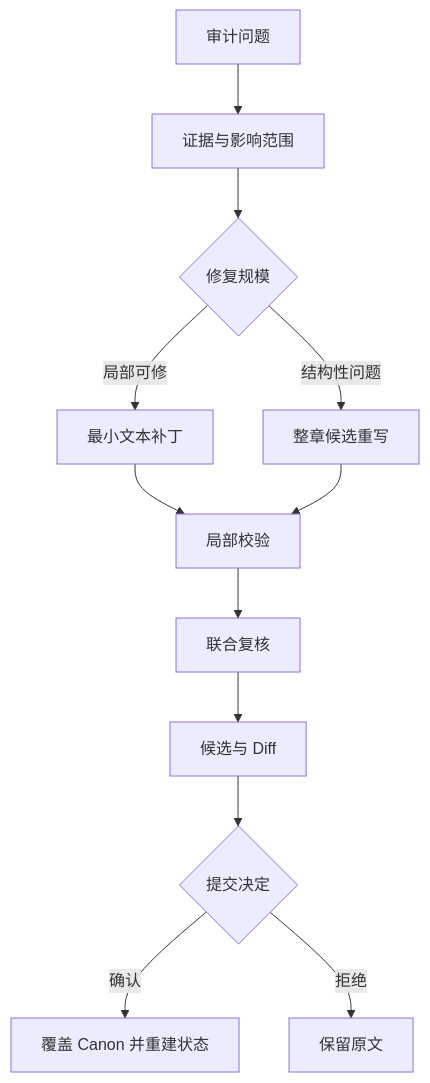
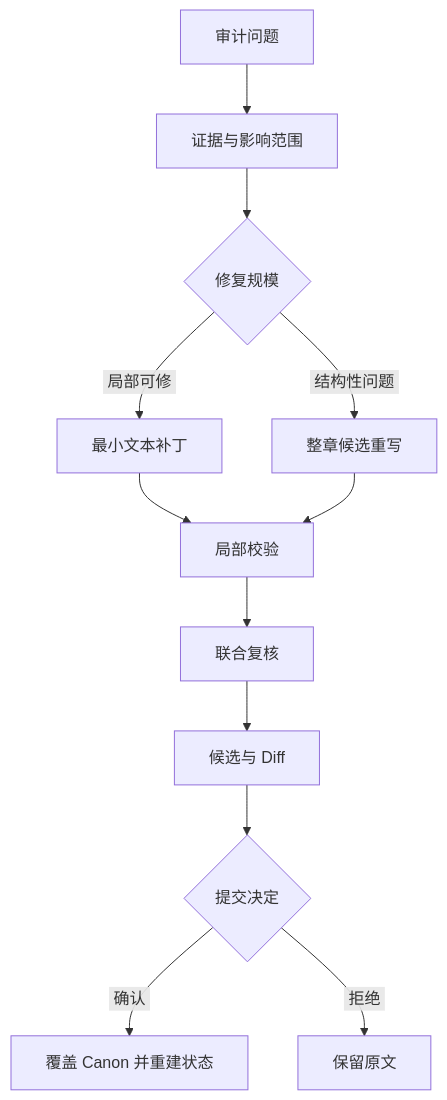
Before and after one commit to shjkea/NovelAgent: the third of 3 diagrams in README.md, drawn with Mermaid. The commit also changed other lines of this file and 1 other file, not shown here.

Commit message:
Fix Mermaid text clipping

````diff
--- a/README.md
+++ b/README.md
@@ -104,14 +104,14 @@
 ```mermaid
 flowchart TD
-    A["审计问题"] --> B["证据与影响范围"]
-    B --> C{"修复规模"}
-    C -->|"局部可修"| D["最小文本补丁"]
-    C -->|"结构性问题"| E["整章候选重写"]
-    D --> F["局部校验"]
+    A["&nbsp;审计问题&nbsp;"] --> B["&nbsp;证据与影响范围&nbsp;"]
+    B --> C{"&nbsp;修复规模&nbsp;"}
+    C -->|"&nbsp;局部可修&nbsp;"| D["&nbsp;最小文本补丁&nbsp;"]
+    C -->|"&nbsp;结构性问题&nbsp;"| E["&nbsp;整章候选重写&nbsp;"]
+    D --> F["&nbsp;局部校验&nbsp;"]
     E --> F
-    F --> G["联合复核"]
-    G --> H["候选与 Diff"]
-    H --> I{"提交决定"}
-    I -->|"确认"| J["覆盖 Canon 并重建状态"]
-    I -->|"拒绝"| K["保留原文"]
+    F --> G["&nbsp;联合复核&nbsp;"]
+    G --> H["&nbsp;候选与 Diff&nbsp;"]
+    H --> I{"&nbsp;提交决定&nbsp;"}
+    I -->|"&nbsp;确认&nbsp;"| J["&nbsp;覆盖 Canon 并重建状态&nbsp;"]
+    I -->|"&nbsp;拒绝&nbsp;"| K["&nbsp;保留原文&nbsp;"]
 ```
````
